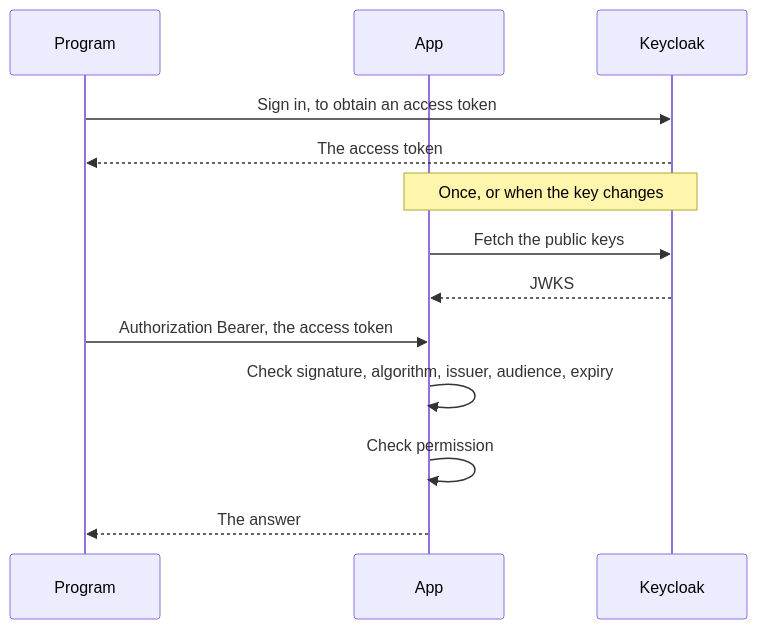
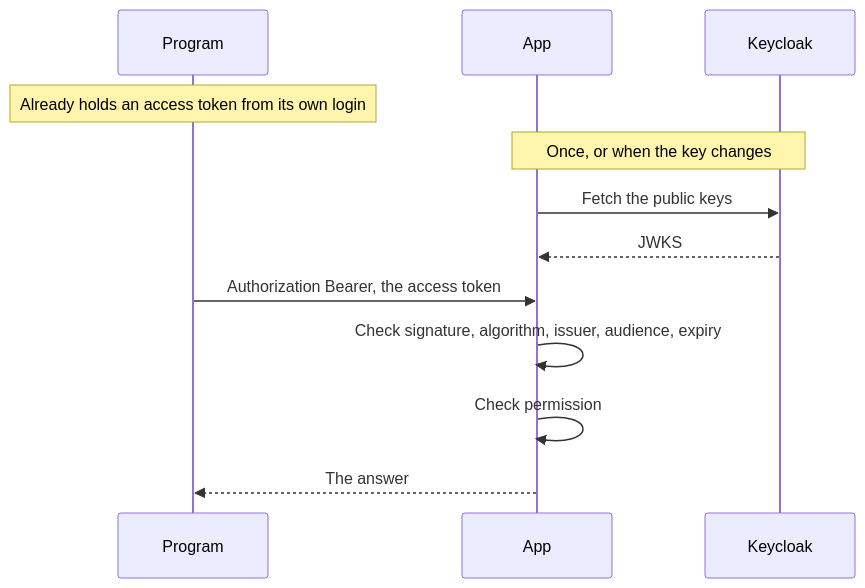
Before and after one commit to tgogos/CS_notes: the sixth of 6 diagrams in auth/README.md, drawn with Mermaid. The commit also changed other lines of this file, not shown here.

Commit message:
Split the access-token explanation into steps, and correct who obtains the token, what PKCE checks, and what logout removes.

````diff
--- a/auth/README.md
+++ b/auth/README.md
@@ -312,16 +333,15 @@
 ```mermaid
 sequenceDiagram
   participant Program
   participant App
   participant Keycloak
 
-  Program->>Keycloak: Sign in, to obtain an access token
-  Keycloak-->>Program: The access token
+  Note over Program: Already holds an access token from its own login
   Note over App,Keycloak: Once, or when the key changes
   App->>Keycloak: Fetch the public keys
   Keycloak-->>App: JWKS
   Program->>App: Authorization Bearer, the access token
   App->>App: Check signature, algorithm, issuer, audience, expiry
   App->>App: Check permission
   App-->>Program: The answer
 ```
````
